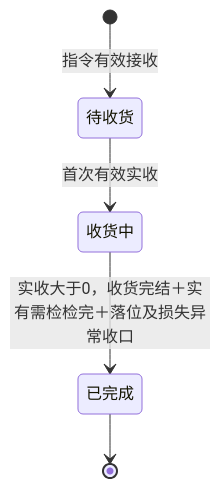
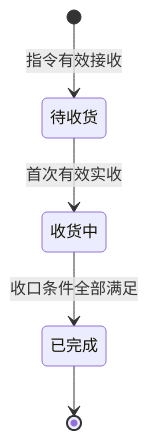
One commit to TopVitamin/QS-WMS-Project changed the first of 4 diagrams in 05-应用设计方案/20261002-MVP版本/系统架构设计/03-单据与状态流转.md. Above: the diagram before and after it, drawn with Mermaid. The commit also changed other lines of this file and 82 other files, not shown here.

````diff
--- a/05-应用设计方案/20261002-MVP版本/系统架构设计/03-单据与状态流转.md
+++ b/05-应用设计方案/20261002-MVP版本/系统架构设计/03-单据与状态流转.md
@@ -38,7 +41,7 @@
 ```mermaid
 stateDiagram-v2
     [*] --> 待收货: 指令有效接收
     待收货 --> 收货中: 首次有效实收
-    收货中 --> 已完成: 实收大于0，收货完结＋实有需检检完＋落位及损失异常收口
+    收货中 --> 已完成: 收口条件全部满足
     已完成 --> [*]
 ```
````
